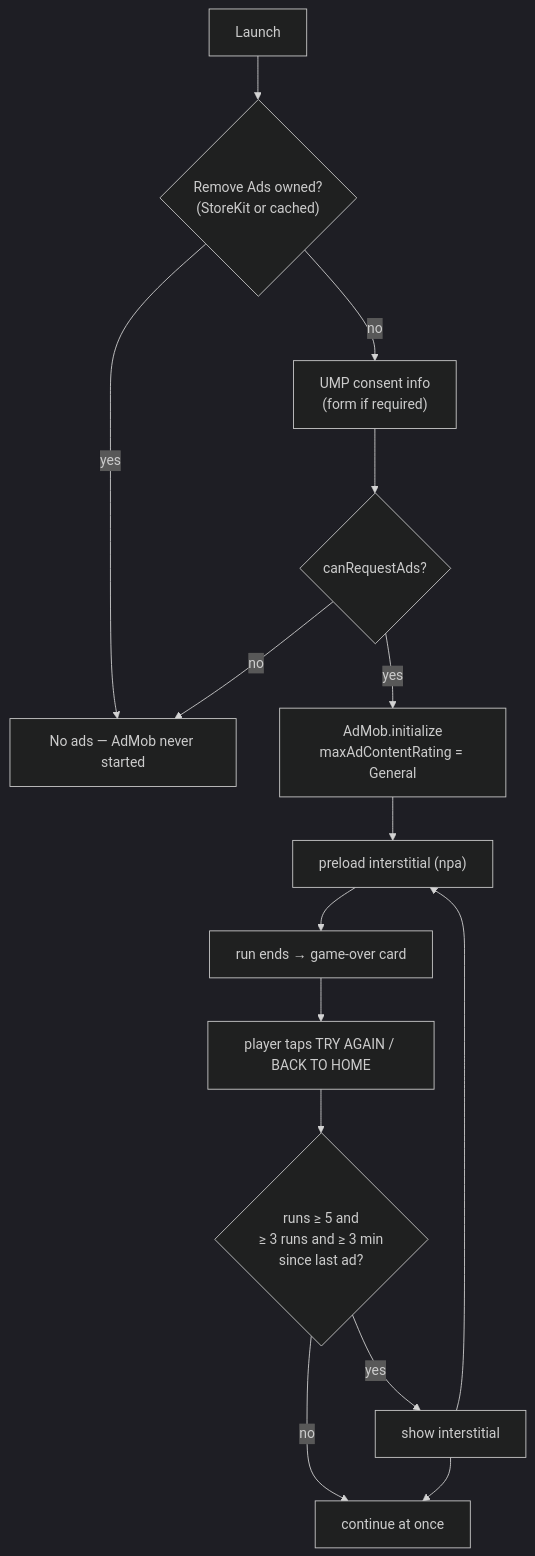
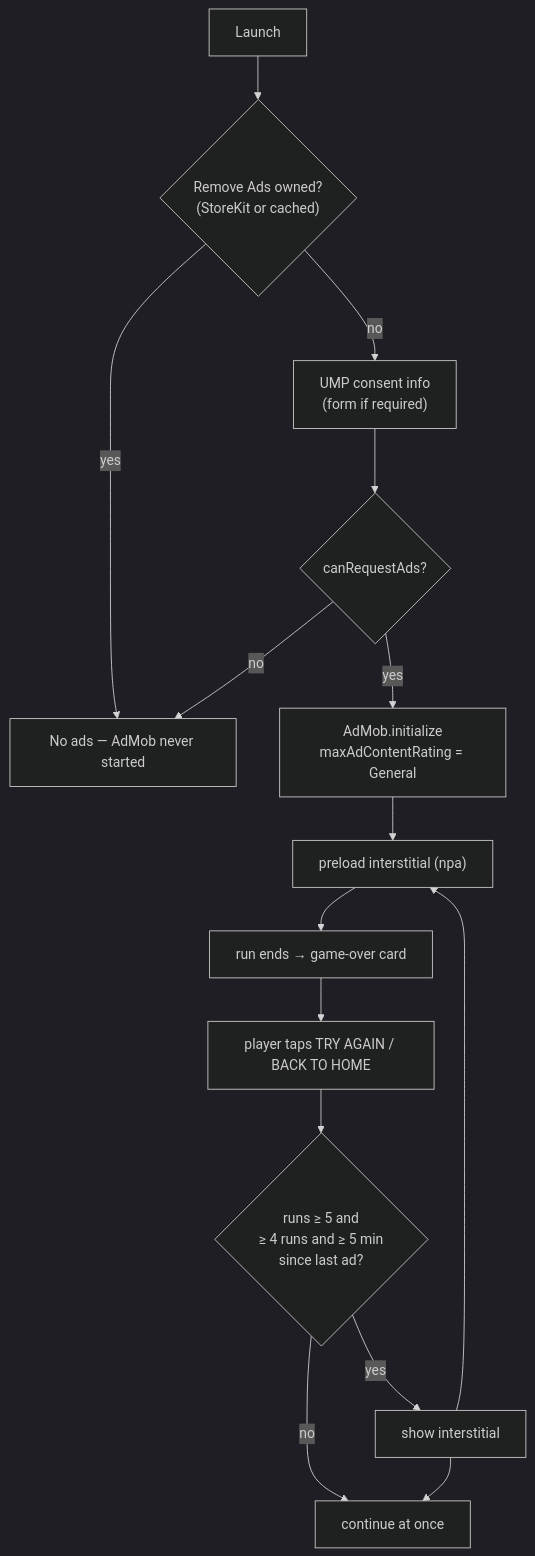
Before and after one commit to depthark/dual-game: the sixth of 6 diagrams in README.md, drawn with Mermaid (dark theme). The commit also changed other lines of this file and 6 other files, not shown here.

````diff
--- a/README.md
+++ b/README.md
@@ -274,16 +274,16 @@
 ```mermaid
 flowchart TD
   L["Launch"] --> S{"Remove Ads owned?<br/>(StoreKit or cached)"}
   S -- yes --> N["No ads — AdMob never started"]
   S -- no --> C["UMP consent info<br/>(form if required)"]
   C --> R{"canRequestAds?"}
   R -- no --> N
   R -- yes --> I["AdMob.initialize<br/>maxAdContentRating = General"]
   I --> P["preload interstitial (npa)"]
   P --> GO["run ends → game-over card"]
   GO --> T["player taps TRY AGAIN / BACK TO HOME"]
-  T --> D{"runs ≥ 5 and<br/>≥ 3 runs and ≥ 3 min<br/>since last ad?"}
+  T --> D{"runs ≥ 5 and<br/>≥ 4 runs and ≥ 5 min<br/>since last ad?"}
   D -- no --> NEXT["continue at once"]
   D -- yes --> AD["show interstitial"] --> NEXT
   AD --> P
 ```
````
